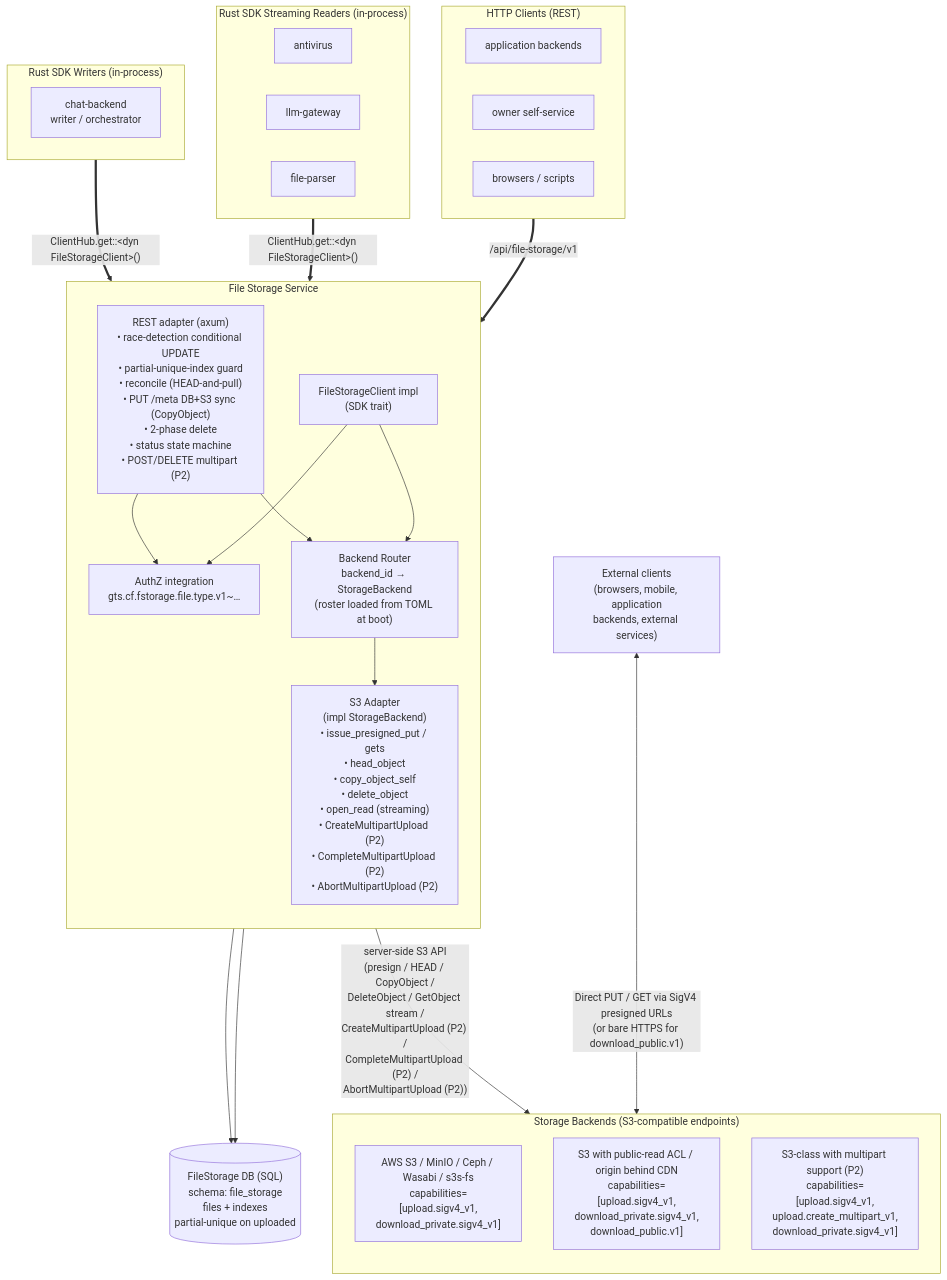
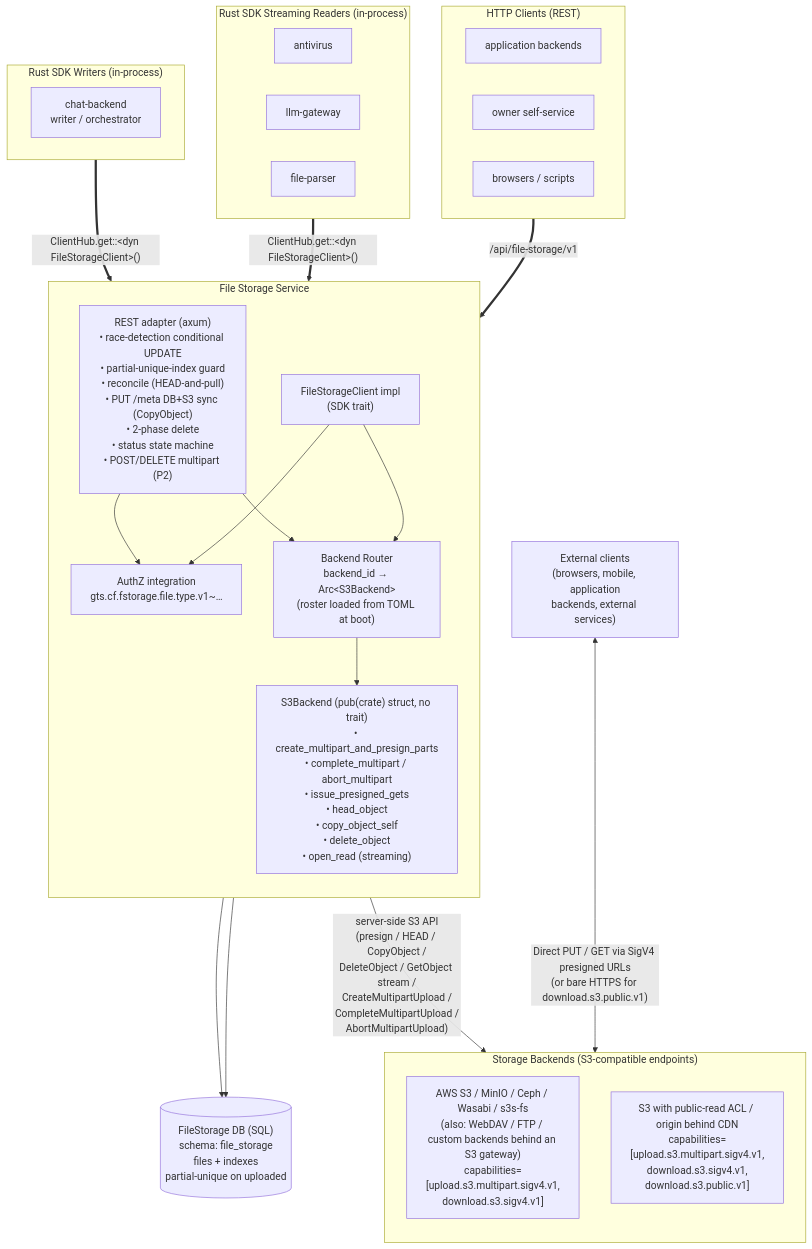
One commit to constructorfabric/gears-rust changed the third of 3 diagrams in modules/file-storage/docs/use-cases.md. Above: the diagram before and after it, drawn with Mermaid. The commit also changed other lines of this file and 4 other files, not shown here.

````diff
--- a/modules/file-storage/docs/use-cases.md
+++ b/modules/file-storage/docs/use-cases.md
@@ -364,53 +389,52 @@
 ```mermaid
 flowchart TB
     subgraph SDK_W["Rust SDK Writers (in-process)"]
         SDKChat["chat-backend<br/>writer / orchestrator"]
     end
 
     subgraph SDK_R["Rust SDK Streaming Readers (in-process)"]
         direction LR
         SDKAv["antivirus"]
         SDKLlm["llm-gateway"]
         SDKFp["file-parser"]
     end
 
     subgraph HTTP["HTTP Clients (REST)"]
         direction LR
         H1[application backends]
         H2[owner self-service]
         H3[browsers / scripts]
     end
 
     subgraph FS["File Storage Service"]
         direction TB
         REST["REST adapter (axum)<br/>• race-detection conditional UPDATE<br/>• partial-unique-index guard<br/>• reconcile (HEAD-and-pull)<br/>• PUT /meta DB+S3 sync (CopyObject)<br/>• 2-phase delete<br/>• status state machine<br/>• POST/DELETE multipart (P2)"]
         SDKImpl["FileStorageClient impl<br/>(SDK trait)"]
         AUTHZ["AuthZ integration<br/>gts.cf.fstorage.file.type.v1~…"]
-        BR["Backend Router<br/>backend_id → StorageBackend<br/>(roster loaded from TOML at boot)"]
-        ADAPTER["S3 Adapter<br/>(impl StorageBackend)<br/>• issue_presigned_put / gets<br/>• head_object<br/>• copy_object_self<br/>• delete_object<br/>• open_read (streaming)<br/>• CreateMultipartUpload (P2)<br/>• CompleteMultipartUpload (P2)<br/>• AbortMultipartUpload (P2)"]
+        BR["Backend Router<br/>backend_id → Arc&lt;S3Backend&gt;<br/>(roster loaded from TOML at boot)"]
+        ADAPTER["S3Backend (pub(crate) struct, no trait)<br/>• create_multipart_and_presign_parts<br/>• complete_multipart / abort_multipart<br/>• issue_presigned_gets<br/>• head_object<br/>• copy_object_self<br/>• delete_object<br/>• open_read (streaming)"]
         REST --> AUTHZ
         REST --> BR
         SDKImpl --> AUTHZ
         SDKImpl --> BR
         BR --> ADAPTER
     end
 
     DB[("FileStorage DB (SQL)<br/>schema: file_storage<br/>files + indexes<br/>partial-unique on uploaded")]
 
     subgraph BACKENDS["Storage Backends (S3-compatible endpoints)"]
         direction TB
-        B1["AWS S3 / MinIO / Ceph / Wasabi / s3s-fs<br/>capabilities=[upload.sigv4_v1,<br/>download_private.sigv4_v1]"]
-        B2["S3 with public-read ACL / origin behind CDN<br/>capabilities=[upload.sigv4_v1,<br/>download_private.sigv4_v1,<br/>download_public.v1]"]
-        B3["S3-class with multipart support (P2)<br/>capabilities=[upload.sigv4_v1,<br/>upload.create_multipart_v1,<br/>download_private.sigv4_v1]"]
+        B1["AWS S3 / MinIO / Ceph / Wasabi / s3s-fs<br/>(also: WebDAV / FTP / custom backends behind an S3 gateway)<br/>capabilities=[upload.s3.multipart.sigv4.v1,<br/>download.s3.sigv4.v1]"]
+        B2["S3 with public-read ACL / origin behind CDN<br/>capabilities=[upload.s3.multipart.sigv4.v1,<br/>download.s3.sigv4.v1,<br/>download.s3.public.v1]"]
     end
 
     EC["External clients<br/>(browsers, mobile, application<br/>backends, external services)"]
 
     SDK_W ==>|"ClientHub.get::&lt;dyn FileStorageClient&gt;()"| SDKImpl
     SDK_R ==>|"ClientHub.get::&lt;dyn FileStorageClient&gt;()"| SDKImpl
     HTTP ==>|"/api/file-storage/v1"| REST
     REST --> DB
     SDKImpl --> DB
-    ADAPTER -->|"server-side S3 API<br/>(presign / HEAD / CopyObject /<br/>DeleteObject / GetObject stream /<br/>CreateMultipartUpload (P2) /<br/>CompleteMultipartUpload (P2) /<br/>AbortMultipartUpload (P2))"| BACKENDS
-    EC <-->|"Direct PUT / GET via SigV4 presigned URLs<br/>(or bare HTTPS for download_public.v1)"| BACKENDS
+    ADAPTER -->|"server-side S3 API<br/>(presign / HEAD / CopyObject /<br/>DeleteObject / GetObject stream /<br/>CreateMultipartUpload /<br/>CompleteMultipartUpload /<br/>AbortMultipartUpload)"| BACKENDS
+    EC <-->|"Direct PUT / GET via SigV4 presigned URLs<br/>(or bare HTTPS for download.s3.public.v1)"| BACKENDS
 ```
````
